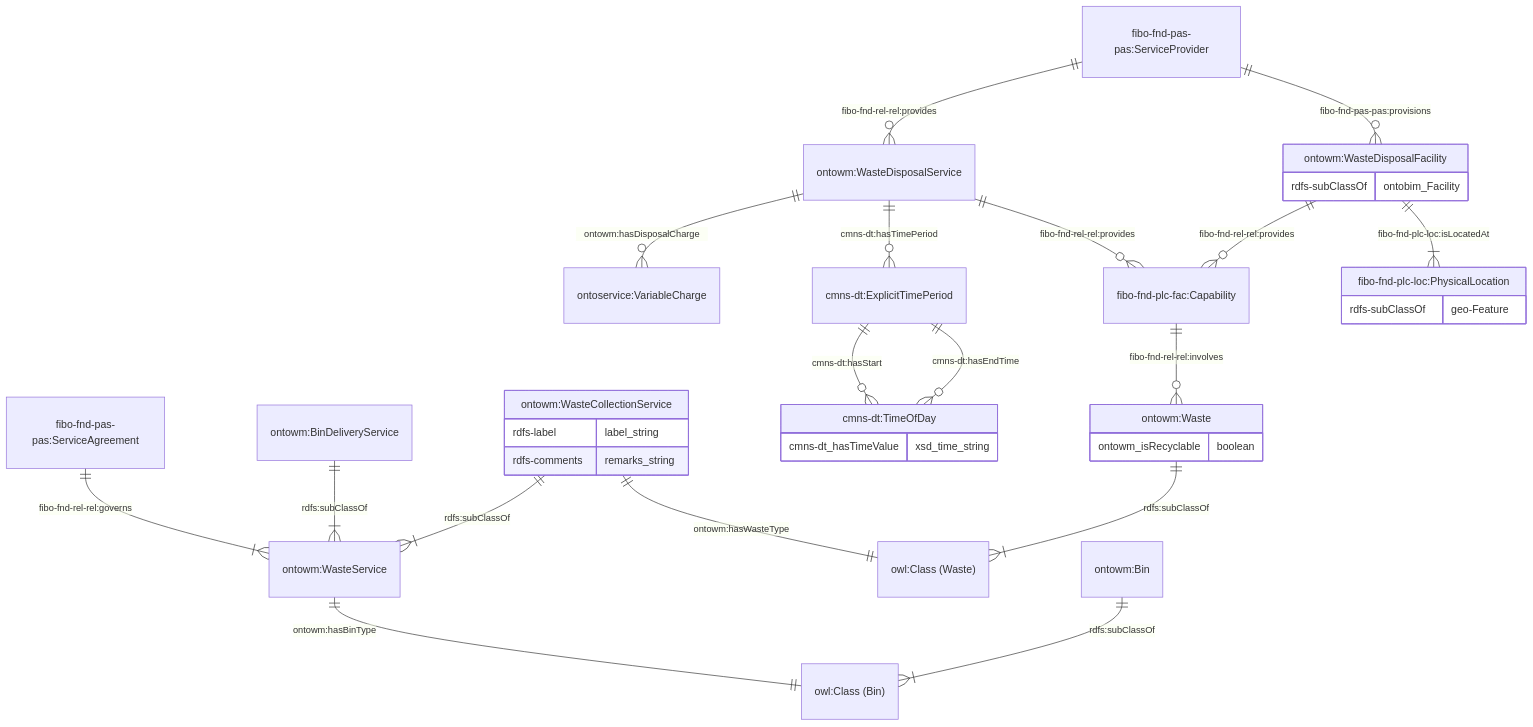
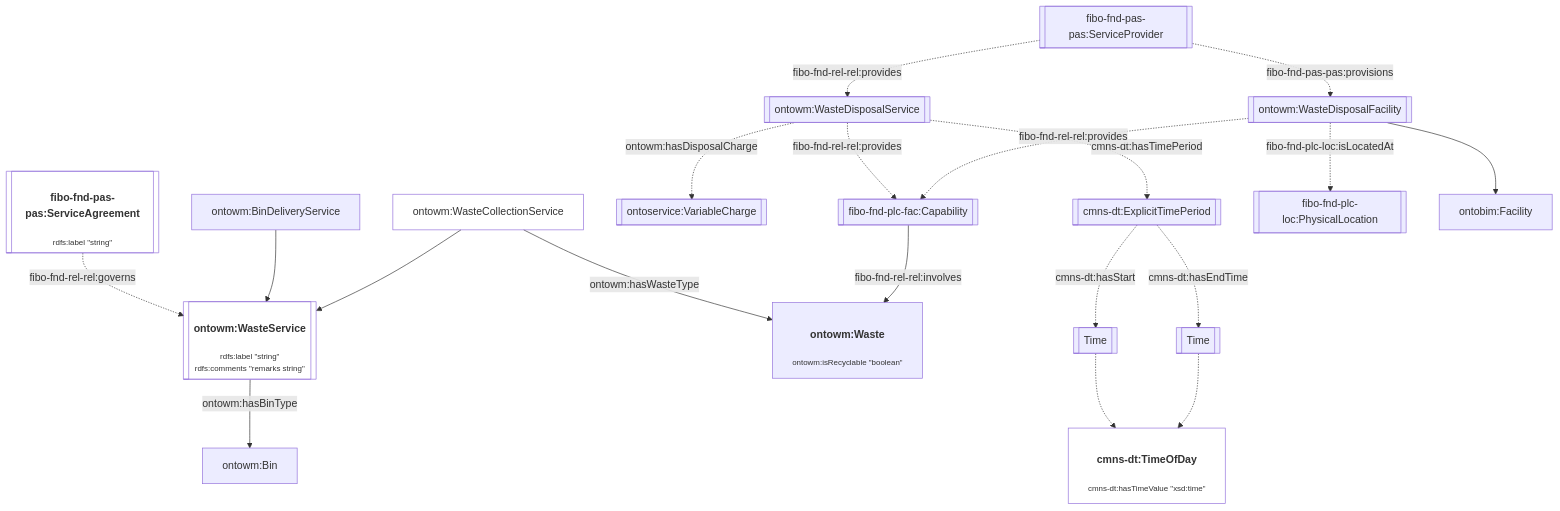
Before and after one commit to cambridge-cares/TheWorldAvatar: the fifth of 13 diagrams in JPS_Ontology/ontology/ontowastemanagement/README.md, drawn with Mermaid. The commit also changed other lines of this file and 1 other file, not shown here.

Commit message:
dev-service-execution-ontology-extension: update to flowchart diagram in ontoservice and ontowastemanagement

````diff
--- a/JPS_Ontology/ontology/ontowastemanagement/README.md
+++ b/JPS_Ontology/ontology/ontowastemanagement/README.md
@@ -163,40 +184,32 @@
 ```mermaid
-    erDiagram
-    "fibo-fnd-pas-pas:ServiceAgreement" ||--|{ "ontowm:WasteService" : "fibo-fnd-rel-rel:governs"
-    "ontowm:WasteService" ||--|| "owl:Class (Bin)" : "ontowm:hasBinType"
+flowchart TD
+    %% Styling
+    classDef literal fill:none
+    classDef node overflow-wrap:break-word,text-wrap:pretty
+    linkStyle default overflow-wrap:break-word,text-wrap:pretty;
 
-    "ontowm:BinDeliveryService" ||--|{ "ontowm:WasteService" : "rdfs:subClassOf"
-    "ontowm:WasteCollectionService" ||--|{ "ontowm:WasteService" : "rdfs:subClassOf"
-    "ontowm:WasteCollectionService" ||--|| "owl:Class (Waste)" : "ontowm:hasWasteType"
-    "ontowm:WasteCollectionService" {
-        rdfs-label label_string
-        rdfs-comments remarks_string
-    }
-    "ontowm:Bin" ||--|{ "owl:Class (Bin)" : "rdfs:subClassOf"
-    "ontowm:Waste" ||--|{ "owl:Class (Waste)" : "rdfs:subClassOf"
+    %% Contents
+    Agreement[["<h4>fibo-fnd-pas-pas:ServiceAgreement</h4><p style='font-size:0.75rem;'>rdfs:label &quot;string&quot;</p>"]]:::literal -. fibo-fnd-rel-rel:governs .-> Service[["<h4>ontowm:WasteService</h4><p style='font-size:0.75rem;'>rdfs:label &quot;string&quot;<br>rdfs:comments &quot;remarks string&quot;</p>"]]:::literal
 
-    "fibo-fnd-pas-pas:ServiceProvider" ||--o{ "ontowm:WasteDisposalService" : "fibo-fnd-rel-rel:provides"
-    "ontowm:WasteDisposalService" ||--o{ "ontoservice:VariableCharge" : "ontowm:hasDisposalCharge"
-    "ontowm:WasteDisposalService" ||--o{ "cmns-dt:ExplicitTimePeriod" : "cmns-dt:hasTimePeriod"
-    "cmns-dt:ExplicitTimePeriod" ||--o{ "cmns-dt:TimeOfDay" : "cmns-dt:hasStart"
-    "cmns-dt:ExplicitTimePeriod" ||--o{ "cmns-dt:TimeOfDay" : "cmns-dt:hasEndTime"
-    "cmns-dt:TimeOfDay" {
-        cmns-dt_hasTimeValue xsd_time_string
-    }
+    BinDeliveryService[ontowm:BinDeliveryService] --> Service
+    WasteCollectionService[ontowm:WasteCollectionService]:::literal --> Service
 
-    "ontowm:WasteDisposalService" ||--o{ "fibo-fnd-plc-fac:Capability" : "fibo-fnd-rel-rel:provides"
-    "fibo-fnd-plc-fac:Capability" ||--o{ "ontowm:Waste" : "fibo-fnd-rel-rel:involves"
-    "ontowm:Waste" {
-        ontowm_isRecyclable boolean
-    }
+    Service -- ontowm:hasBinType --> BinClazz[ontowm:Bin]
+    WasteCollectionService -- ontowm:hasWasteType --> WasteClazz["<h4>ontowm:Waste</h4><p style='font-size:0.75rem;'>ontowm:isRecyclable &quot;boolean&quot;</p>"]
 
-    "fibo-fnd-pas-pas:ServiceProvider" ||--o{ "ontowm:WasteDisposalFacility" : "fibo-fnd-pas-pas:provisions"
-    "ontowm:WasteDisposalFacility" ||--o{ "fibo-fnd-plc-fac:Capability" : "fibo-fnd-rel-rel:provides"
-    "ontowm:WasteDisposalFacility" {
-        rdfs-subClassOf ontobim_Facility
-    }
-    "ontowm:WasteDisposalFacility" ||--|{ "fibo-fnd-plc-loc:PhysicalLocation" : "fibo-fnd-plc-loc:isLocatedAt"
-    "fibo-fnd-plc-loc:PhysicalLocation" {
-        rdfs-subClassOf geo-Feature
-    }
+    ServiceProvider[[fibo-fnd-pas-pas:ServiceProvider]] -. fibo-fnd-rel-rel:provides .-> WasteDisposalService[[ontowm:WasteDisposalService]]
+    WasteDisposalService -. ontowm:hasDisposalCharge .-> VariableCharge[[ontoservice:VariableCharge]]
+    WasteDisposalService -. cmns-dt:hasTimePeriod .-> TimePeriod[[cmns-dt:ExplicitTimePeriod]]
+    TimePeriod -. cmns-dt:hasStart .-> StartTime[[Time]]
+    TimePeriod -. cmns-dt:hasEndTime .-> EndTime[[Time]]
+    StartTime -.-> Time["<h4>cmns-dt:TimeOfDay</h4><p style='font-size:0.75rem;'>cmns-dt:hasTimeValue &quot;xsd:time&quot;</p>"]:::literal
+    EndTime -.-> Time
+
+    WasteDisposalService -. fibo-fnd-rel-rel:provides .-> Capability[[fibo-fnd-plc-fac:Capability]]
+    Capability -- fibo-fnd-rel-rel:involves --> WasteClazz
+
+    ServiceProvider -. fibo-fnd-pas-pas:provisions .-> WasteDisposalFacility[[ontowm:WasteDisposalFacility]]
+    WasteDisposalFacility -. fibo-fnd-plc-loc:isLocatedAt .-> Location[[fibo-fnd-plc-loc:PhysicalLocation]]
+    WasteDisposalFacility -. fibo-fnd-rel-rel:provides .-> Capability
+    WasteDisposalFacility --> ontobim:Facility
 ```
````
